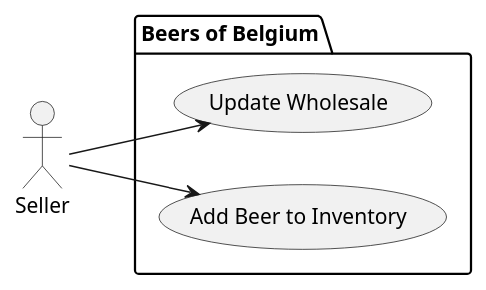
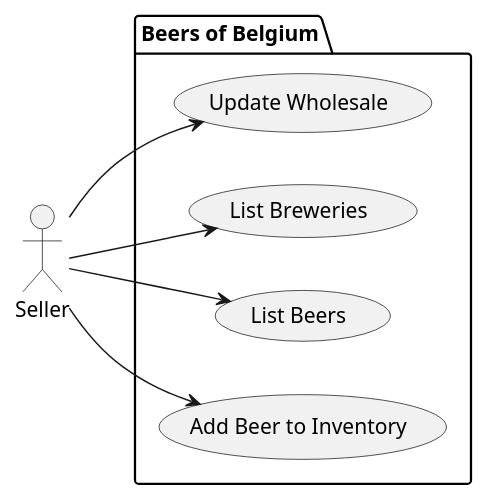
The third of 6 diagrams in beers-of-belgium/Architecture.md (less0/exercises), drawn with PlantUML before and after one commit. The commit also changed other lines of this file and 1 other file, not shown here.

Commit message:
Beers of Belgium: Updated use-cases and REST-API

````diff
--- a/beers-of-belgium/Architecture.md
+++ b/beers-of-belgium/Architecture.md
@@ -60,13 +64,17 @@
 ```plantuml
 left to right direction
 
 actor Seller
 
 package "Beers of Belgium" {
     usecase "Update Wholesale" as updatewholesale
+    usecase "List Breweries" as listbreweries
+    usecase "List Beers" as listbeers
     usecase "Add Beer to Inventory" as addtoinventory
 }
 
+Seller --> listbreweries
+Seller --> listbeers
 Seller --> updatewholesale
 Seller --> addtoinventory
 ```
````
